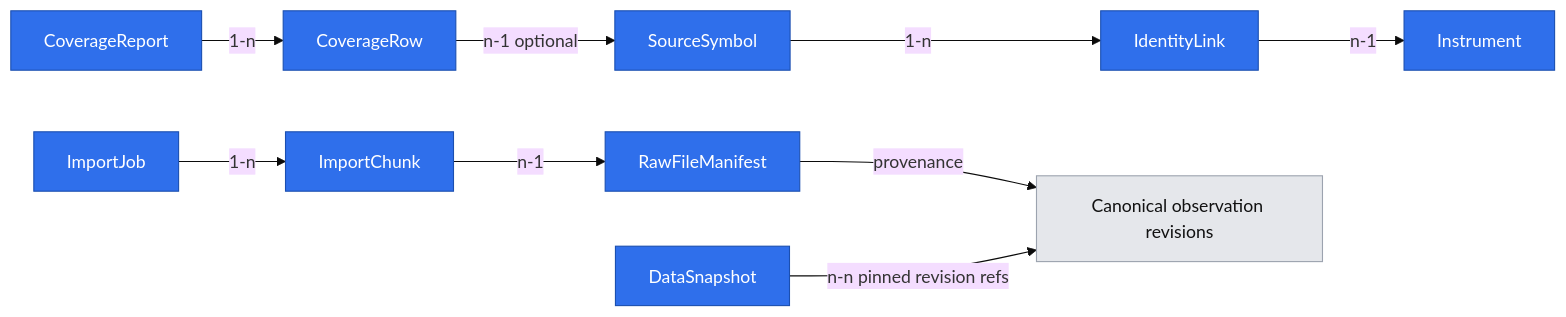
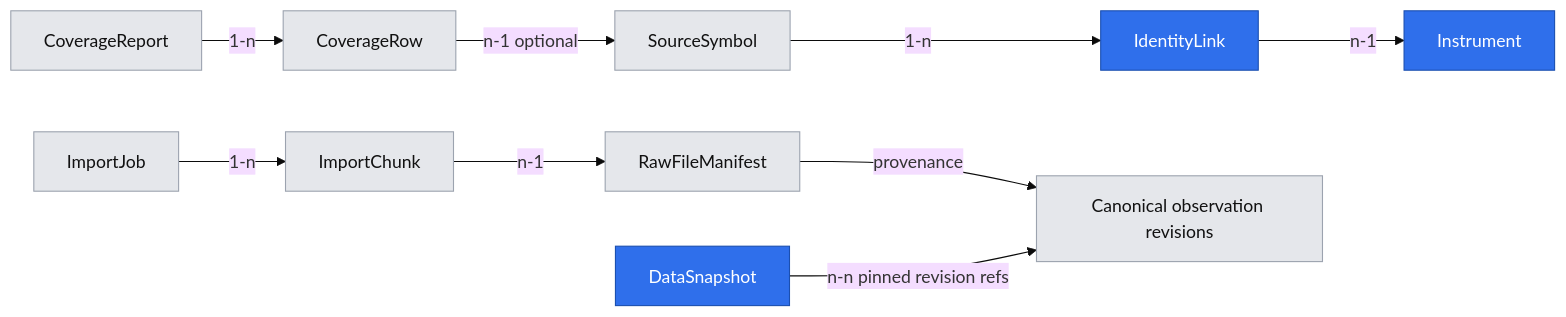
One commit to pawelfree/lesine changed the second of 2 diagrams in .ai/specs/2026-11-04-local-gpw-history-with-coverage.md. Above: the diagram before and after it, drawn with Mermaid (base theme). The commit also changed other lines of this file and 9 other files, not shown here.

````diff
--- a/.ai/specs/2026-11-04-local-gpw-history-with-coverage.md
+++ b/.ai/specs/2026-11-04-local-gpw-history-with-coverage.md
@@ -47,23 +47,23 @@
 ```mermaid
 flowchart LR
   classDef newEntity fill:#2f6feb,color:#fff,stroke:#1b4fb0
   classDef existingEntity fill:#e5e7eb,color:#111,stroke:#9ca3af
-  entity_1["SourceSymbol"]:::newEntity
+  entity_1["SourceSymbol"]:::existingEntity
   entity_2["IdentityLink"]:::newEntity
   entity_3["Instrument"]:::newEntity
-  entity_4["ImportJob"]:::newEntity
-  entity_5["ImportChunk"]:::newEntity
-  entity_6["RawFileManifest"]:::newEntity
-  entity_7["CoverageReport"]:::newEntity
-  entity_8["CoverageRow"]:::newEntity
+  entity_4["ImportJob"]:::existingEntity
+  entity_5["ImportChunk"]:::existingEntity
+  entity_6["RawFileManifest"]:::existingEntity
+  entity_7["CoverageReport"]:::existingEntity
+  entity_8["CoverageRow"]:::existingEntity
   entity_9["DataSnapshot"]:::newEntity
   entity_10["Canonical observation revisions"]:::existingEntity
   entity_1 -->|1-n| entity_2
   entity_2 -->|n-1| entity_3
   entity_4 -->|1-n| entity_5
   entity_5 -->|n-1| entity_6
   entity_7 -->|1-n| entity_8
   entity_8 -->|n-1 optional| entity_1
   entity_6 -->|provenance| entity_10
   entity_9 -->|n-n pinned revision refs| entity_10
 ```
````
